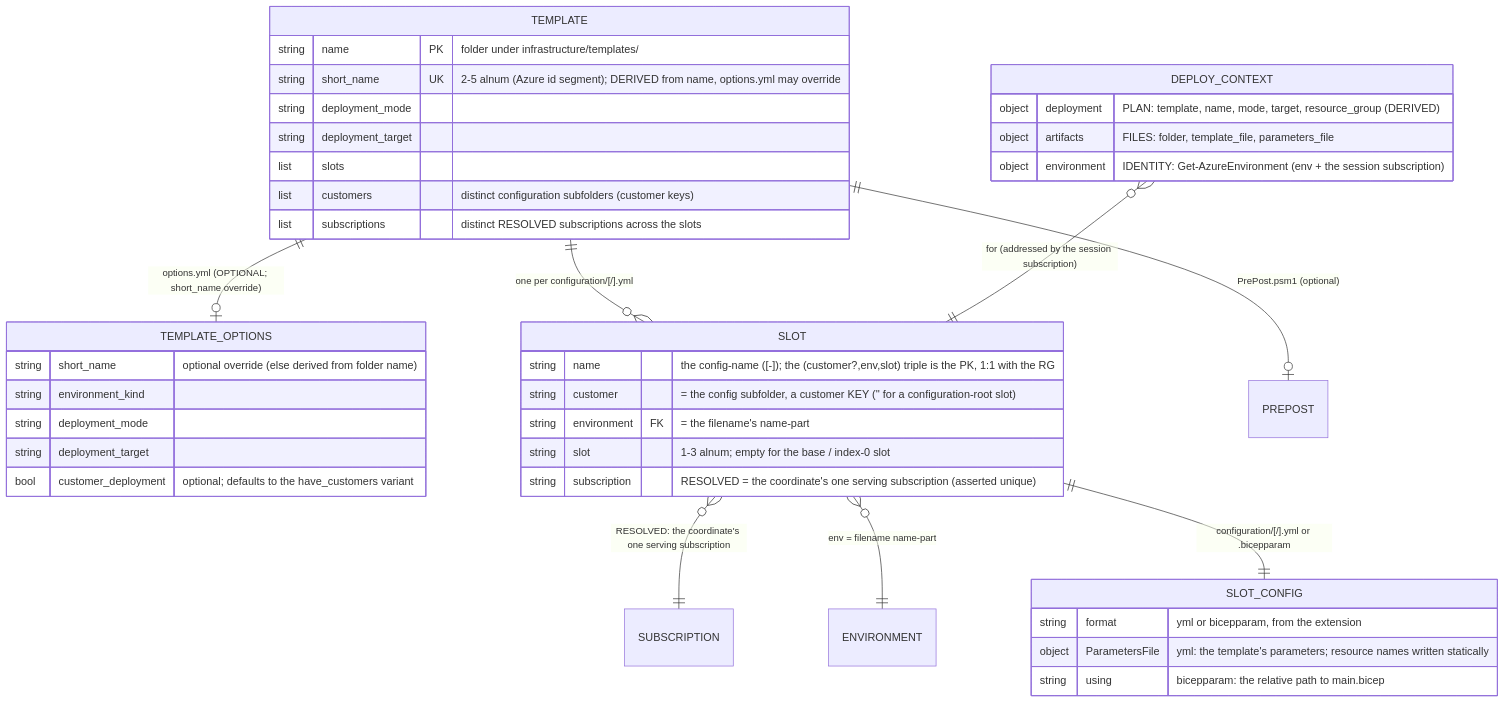
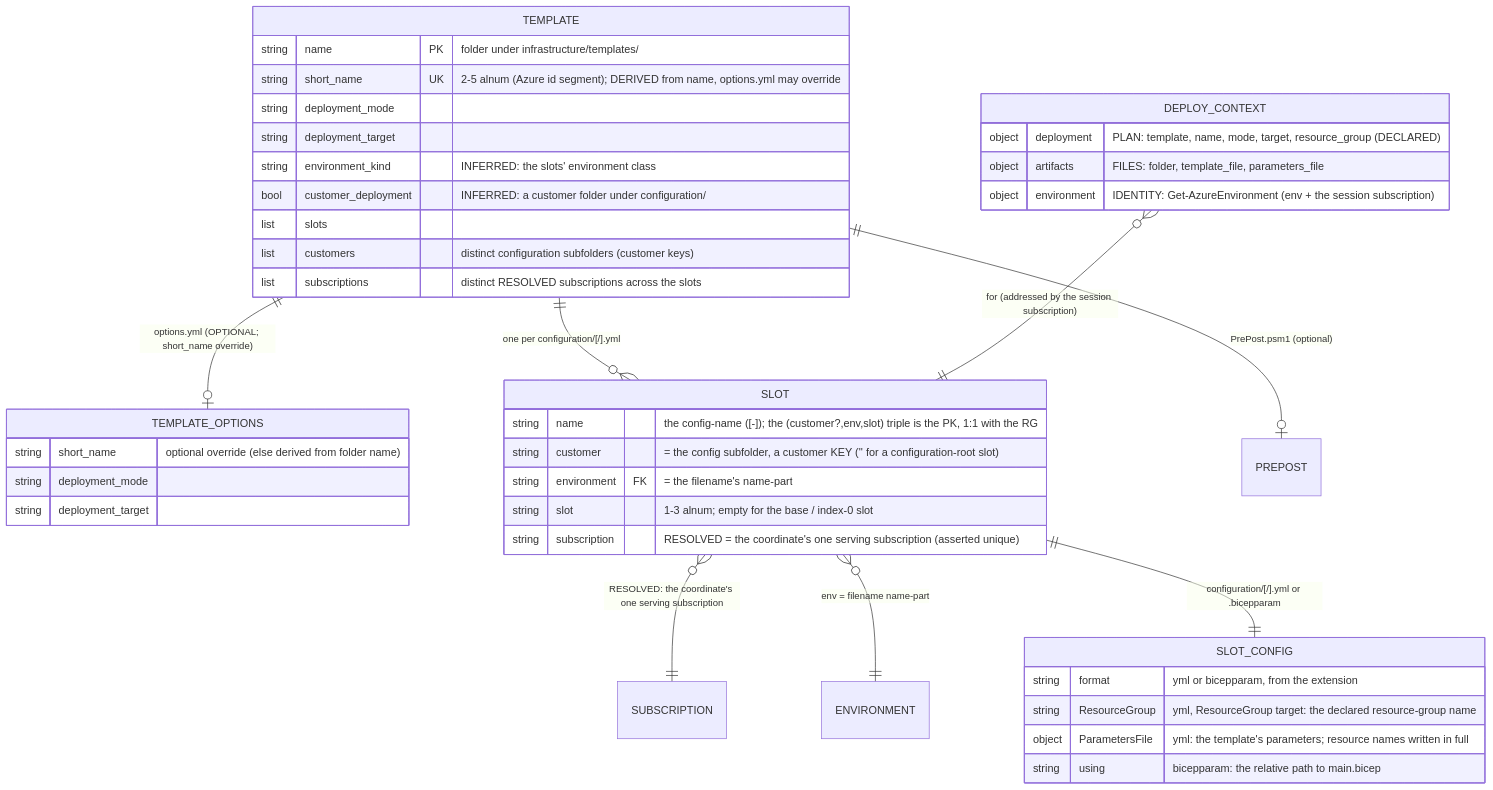
One commit to casperease/catzc changed the second of 2 diagrams in docs/drs/azure/azure-data-model.md. Above: the diagram before and after it, drawn with Mermaid. The commit also changed other lines of this file and 89 other files, not shown here.

````diff
--- a/docs/drs/azure/azure-data-model.md
+++ b/docs/drs/azure/azure-data-model.md
@@ -334,44 +346,45 @@
 ```mermaid
 erDiagram
     TEMPLATE ||--o| TEMPLATE_OPTIONS : "options.yml (OPTIONAL; short_name override)"
     TEMPLATE ||--o{ SLOT            : "one per configuration/[<customer>/]<config>.yml"
     TEMPLATE ||--o| PREPOST         : "PrePost.psm1 (optional)"
     SLOT     }o--|| SUBSCRIPTION     : "RESOLVED: the coordinate's one serving subscription"
     SLOT     }o--|| ENVIRONMENT     : "env = filename name-part"
     DEPLOY_CONTEXT }o--|| SLOT       : "for (addressed by the session subscription)"
     SLOT     ||--|| SLOT_CONFIG      : "configuration/[<customer>/]<config>.yml or .bicepparam"
 
     TEMPLATE {
         string name       PK "folder under infrastructure/templates/"
         string short_name UK "2-5 alnum (Azure id segment); DERIVED from name, options.yml may override"
         string deployment_mode
         string deployment_target
+        string environment_kind "INFERRED: the slots' environment class"
+        bool   customer_deployment "INFERRED: a customer folder under configuration/"
         list   slots
         list   customers "distinct configuration subfolders (customer keys)"
         list   subscriptions "distinct RESOLVED subscriptions across the slots"
     }
     TEMPLATE_OPTIONS {
         string short_name      "optional override (else derived from folder name)"
-        string environment_kind
         string deployment_mode
         string deployment_target
-        bool   customer_deployment "optional; defaults to the have_customers variant"
     }
     SLOT {
         string name         "the config-name (<env>[-<slot>]); the (customer?,env,slot) triple is the PK, 1:1 with the RG"
         string customer     "= the config subfolder, a customer KEY ('' for a configuration-root slot)"
         string environment  FK "= the filename's name-part"
         string slot         "1-3 alnum; empty for the base / index-0 slot"
         string subscription "RESOLVED = the coordinate's one serving subscription (asserted unique)"
     }
     SLOT_CONFIG {
         string format         "yml or bicepparam, from the extension"
-        object ParametersFile "yml: the template's parameters; resource names written statically"
+        string ResourceGroup  "yml, ResourceGroup target: the declared resource-group name"
+        object ParametersFile "yml: the template's parameters; resource names written in full"
         string using          "bicepparam: the relative path to main.bicep"
     }
     DEPLOY_CONTEXT {
-        object deployment  "PLAN: template, name, mode, target, resource_group (DERIVED)"
+        object deployment  "PLAN: template, name, mode, target, resource_group (DECLARED)"
         object artifacts   "FILES: folder, template_file, parameters_file"
         object environment "IDENTITY: Get-AzureEnvironment (env + the session subscription)"
     }
 ```
````
